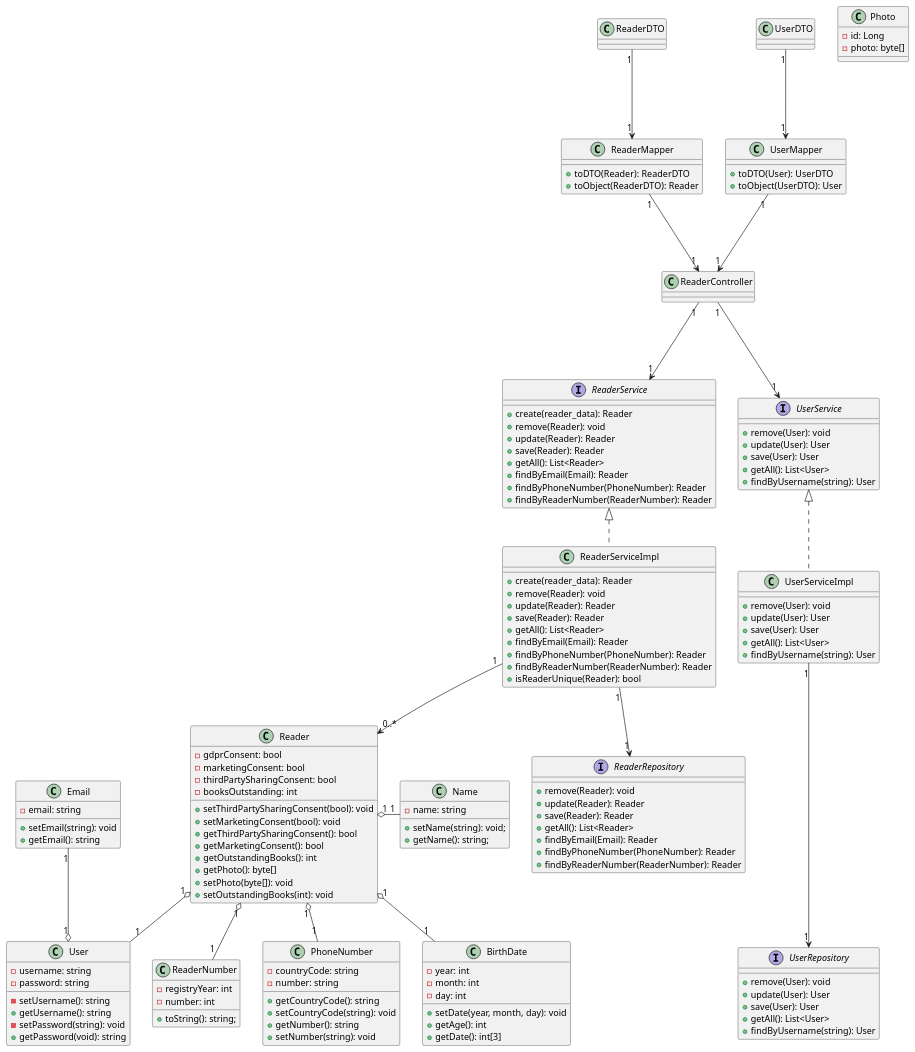
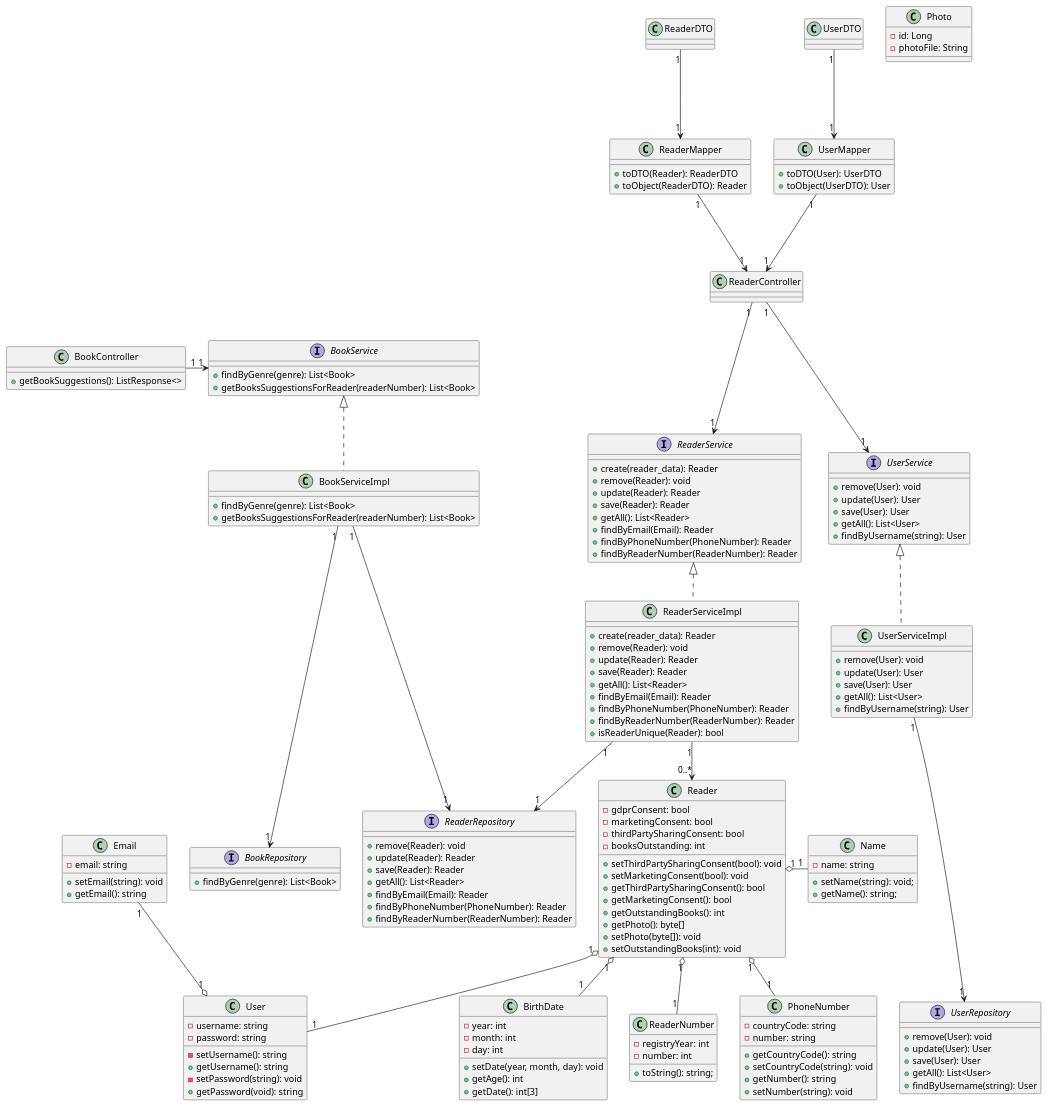
Before and after one commit to rutemf/1220944_1220772_G01: the diagram in Docs/Phase2/WP3B-Readers/WP3B-Readers-CD.puml, drawn with PlantUML. The commit also changed 2 other files, not shown here.

```diff
--- a/Docs/Phase2/WP3B-Readers/WP3B-Readers-CD.puml
+++ b/Docs/Phase2/WP3B-Readers/WP3B-Readers-CD.puml
@@ -1,173 +1,195 @@
 @startuml
 'https://plantuml.com/sequence-diagram
 
 interface ReaderRepository {
     + remove(Reader): void
     + update(Reader): Reader
     + save(Reader): Reader
     + getAll(): List<Reader>
     + findByEmail(Email): Reader
     + findByPhoneNumber(PhoneNumber): Reader
     + findByReaderNumber(ReaderNumber): Reader
 }
 
 /'class ReaderFactory {
     + create: Reader
 }'/
 
 interface ReaderService {
     + create(reader_data): Reader
     + remove(Reader): void
     + update(Reader): Reader
     + save(Reader): Reader
     + getAll(): List<Reader>
     + findByEmail(Email): Reader
     + findByPhoneNumber(PhoneNumber): Reader
     + findByReaderNumber(ReaderNumber): Reader
 }
 
 class ReaderServiceImpl implements ReaderService {
     + create(reader_data): Reader
     + remove(Reader): void
     + update(Reader): Reader
     + save(Reader): Reader
     + getAll(): List<Reader>
     + findByEmail(Email): Reader
     + findByPhoneNumber(PhoneNumber): Reader
     + findByReaderNumber(ReaderNumber): Reader
     + isReaderUnique(Reader): bool
 }
 
 class ReaderController {
 }
 
 class Reader {
     - gdprConsent: bool
     - marketingConsent: bool
     - thirdPartySharingConsent: bool
     - booksOutstanding: int
     + setThirdPartySharingConsent(bool): void
     + setMarketingConsent(bool): void
     + getThirdPartySharingConsent(): bool
     + getMarketingConsent(): bool
     + getOutstandingBooks(): int
     /'Min: 0 | Max: 3'/
     + getPhoto(): byte[]
     + setPhoto(byte[]): void
     + setOutstandingBooks(int): void
 }
 
 class Name {
     - name: string
     + setName(string): void;
     + getName(): string;
 }
 
 class ReaderNumber {
     - registryYear: int
     - number: int
     + toString(): string;
 }
 
 class Email {
     - email: string
     + setEmail(string): void
     + getEmail(): string
 }
 
 class PhoneNumber {
     - countryCode: string
     - number: string
     + getCountryCode(): string
     + setCountryCode(string): void
     + getNumber(): string
     + setNumber(string): void
 }
 
 class BirthDate {
     - year: int
     - month: int
     - day: int
     + setDate(year, month, day): void
     + getAge(): int
     + getDate(): int[3]
 }
 
 class User {
     - username: string
     /'TODO: Falta obter resposta do prof quando à alteração do username. Para já, fica o método como privado e é chamado unicamente no construtor'/
     - setUsername(): string
     + getUsername(): string
     - password: string
     /'TODO: Falta obter resposta do professor, no moodle, quando à possibilidade da password ser alterada pelo Reader. Método, para já, privado e chamado unicamente no construtor'/
     - setPassword(string): void
     + getPassword(void): string
 }
 
 interface UserRepository {
     + remove(User): void
     + update(User): User
     + save(User): User
     + getAll(): List<User>
     + findByUsername(string): User
 }
 
 interface UserService {
     + remove(User): void
     + update(User): User
     + save(User): User
     + getAll(): List<User>
     + findByUsername(string): User
 }
 
 class UserServiceImpl implements UserService {
     + remove(User): void
     + update(User): User
     + save(User): User
     + getAll(): List<User>
     + findByUsername(string): User
 }
 
 class ReaderMapper {
     + toDTO(Reader): ReaderDTO
     + toObject(ReaderDTO): Reader
 }
 
 class ReaderDTO {}
 
 class UserDTO {}
 
 class UserMapper {
     + toDTO(User): UserDTO
     + toObject(UserDTO): User
 }
 
 class Photo {
     - id: Long
-    - photo: byte[]
+    - photoFile: String
 
 }
+
+interface BookRepository {
+    + findByGenre(genre): List<Book>
+}
+
+interface BookService {
+    + findByGenre(genre): List<Book>
+    + getBooksSuggestionsForReader(readerNumber): List<Book>
+}
+
+class BookServiceImpl implements BookService {
+    + findByGenre(genre): List<Book>
+    + getBooksSuggestionsForReader(readerNumber): List<Book>
+}
+
+class BookController {
+    + getBookSuggestions(): ListResponse<>
+}
+
+BookController "1" -> "1" BookService
+BookServiceImpl "1" ---> "1" BookRepository
+BookServiceImpl "1" ---> "1" ReaderRepository
 
 UserServiceImpl "1" ---> "1" UserRepository
 ReaderDTO "1" ---> "1" ReaderMapper
 
 ReaderMapper "1" ---> "1" ReaderController
 
 UserDTO "1" ---> "1" UserMapper
 UserMapper "1" ---> "1" ReaderController
 
 ReaderController "1" ---> "1" ReaderService
 ReaderController "1" ---> "1" UserService
 Reader "1" o-down- "1" User
 Reader "1" o- "1" Name
 Reader "1" o-down- "1" ReaderNumber
 User "1" o-up- "1" Email
 Reader "1" o-down- "1" PhoneNumber
 Reader "1" o-down- "1" BirthDate
 'ReaderFactory "1" -> "1" ReaderRepository
 'ReaderService "1" -up-> "1" ReaderFactory
 ReaderServiceImpl "1" --> "0..*" Reader
 ReaderServiceImpl "1" --> "1" ReaderRepository
 
 
 @enduml
```
